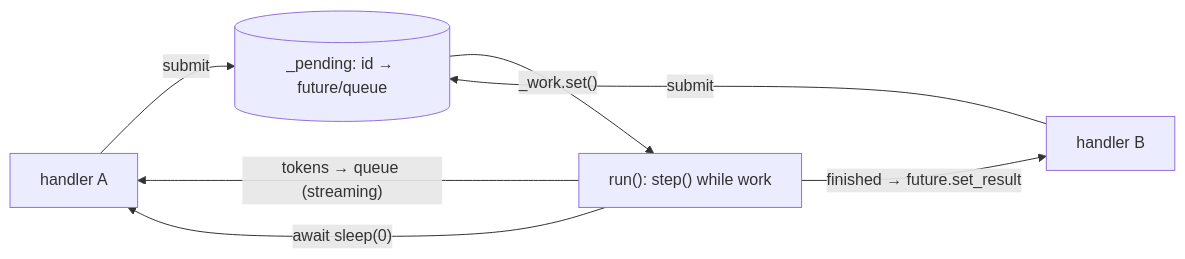
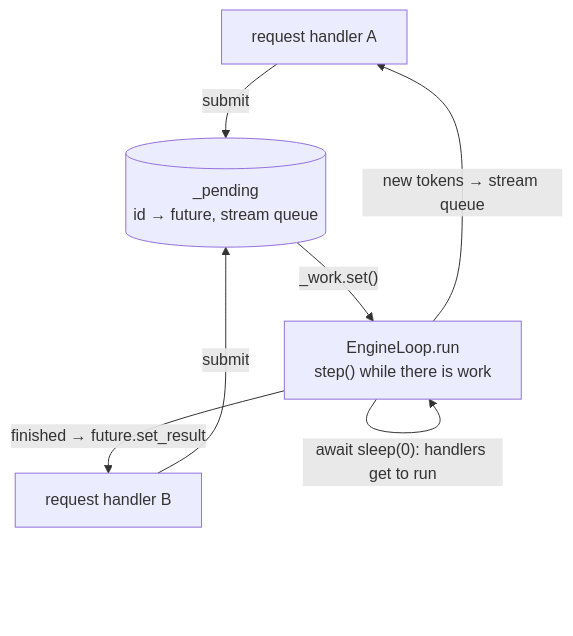
One commit to jayavardhan-g/projects-vault changed the fourth of 4 diagrams in Interview prep/Days/Day 03 - mini-vLLM III.md. Above: the diagram before and after it, drawn with Mermaid. The commit also changed other lines of this file and 12 other files, not shown here.

First line of the commit message:
projects: Days 2-14 "Code, explained": full-width top-to-bottom diagrams, a figure per section, and a step-by-step flow per day

````diff
--- a/Interview prep/Days/Day 03 - mini-vLLM III.md
+++ b/Interview prep/Days/Day 03 - mini-vLLM III.md
@@ -390,9 +402,9 @@
 ```mermaid
-flowchart LR
-  H1["handler A"] -->|submit| PEND[("_pending: id → future/queue")]
-  H2["handler B"] -->|submit| PEND
-  PEND -->|"_work.set()"| RUN["run(): step() while work"]
-  RUN -->|"tokens → queue (streaming)"| H1
+flowchart TB
+  H1["request handler A"] -->|"submit"| PEND[("_pending<br/>id → future, stream queue")]
+  H2["request handler B"] -->|"submit"| PEND
+  PEND -->|"_work.set()"| RUN["EngineLoop.run<br/>step() while there is work"]
+  RUN -->|"new tokens → stream queue"| H1
   RUN -->|"finished → future.set_result"| H2
-  RUN -->|"await sleep(0)"| H1
+  RUN -->|"await sleep(0): handlers get to run"| RUN
 ```
````
